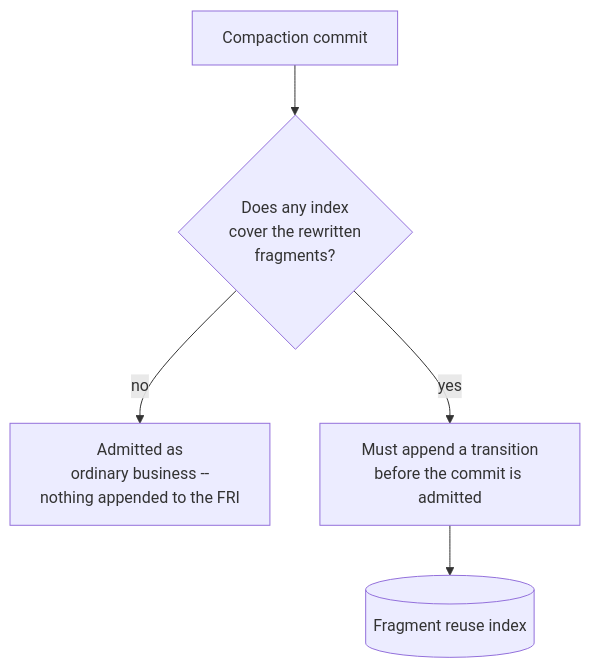
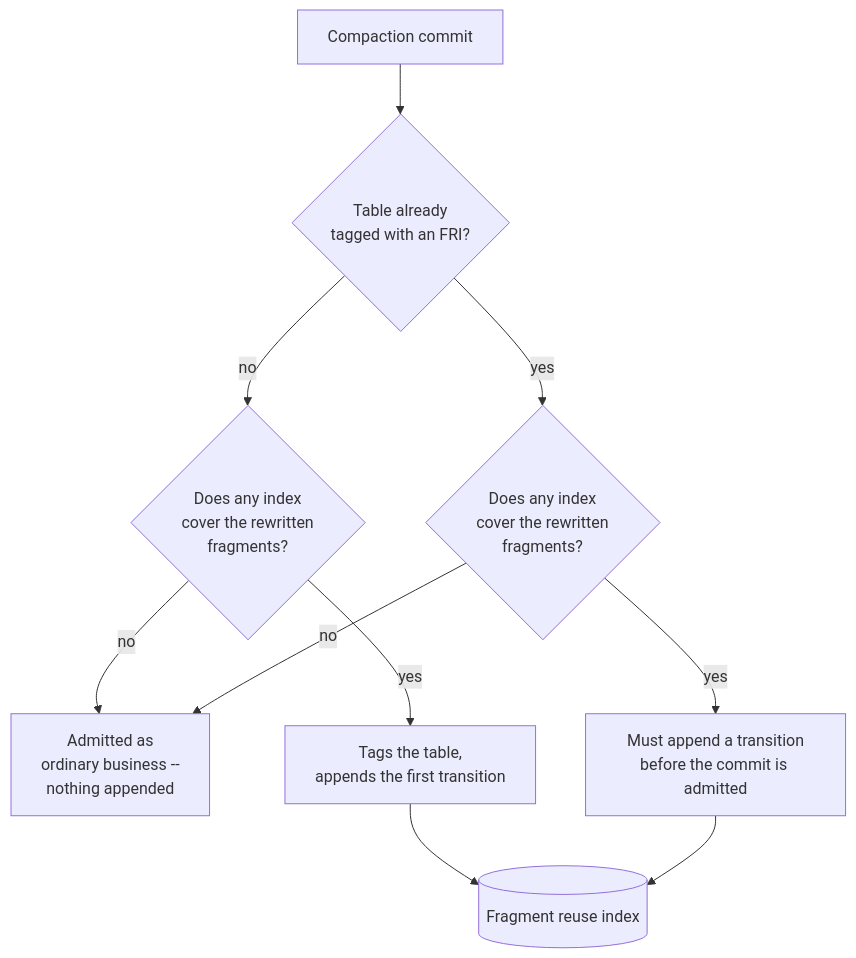
The first of 2 diagrams in docs/web/enterprise/advanced-conflict-resolution.mdx (lancedb/lancedb), drawn with Mermaid before and after one commit. The commit also changed other lines of this file and 33 other files, not shown here.

````diff
--- a/docs/web/enterprise/advanced-conflict-resolution.mdx
+++ b/docs/web/enterprise/advanced-conflict-resolution.mdx
@@ -46,7 +52,12 @@
 ```mermaid
 flowchart TD
-    Commit["Compaction commit"] --> Classify{"Does any index<br/>cover the rewritten<br/>fragments?"}
-    Classify -->|no| Admit["Admitted as<br/>ordinary business --<br/>nothing appended to the FRI"]
+    Commit["Compaction commit"] --> Tagged{"Table already<br/>tagged with an FRI?"}
+    Tagged -->|no| First{"Does any index<br/>cover the rewritten<br/>fragments?"}
+    First -->|no| Admit["Admitted as<br/>ordinary business --<br/>nothing appended"]
+    First -->|yes| Tag["Tags the table,<br/>appends the first transition"]
+    Tagged -->|yes| Classify{"Does any index<br/>cover the rewritten<br/>fragments?"}
+    Classify -->|no| Admit
     Classify -->|yes| Append["Must append a transition<br/>before the commit is admitted"]
-    Append --> FRI[("Fragment reuse index")]
+    Tag --> FRI[("Fragment reuse index")]
+    Append --> FRI
 ```
````
